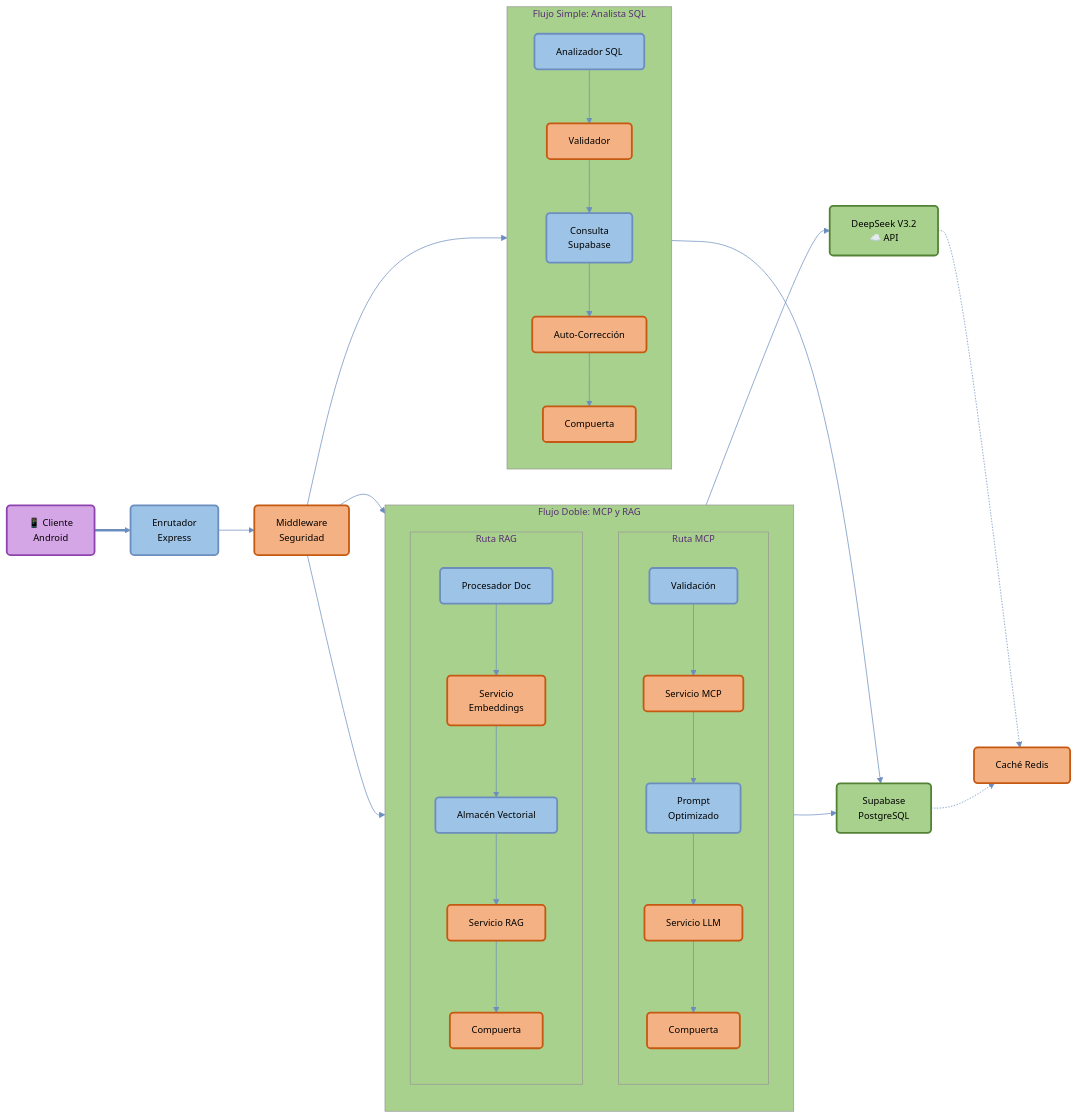
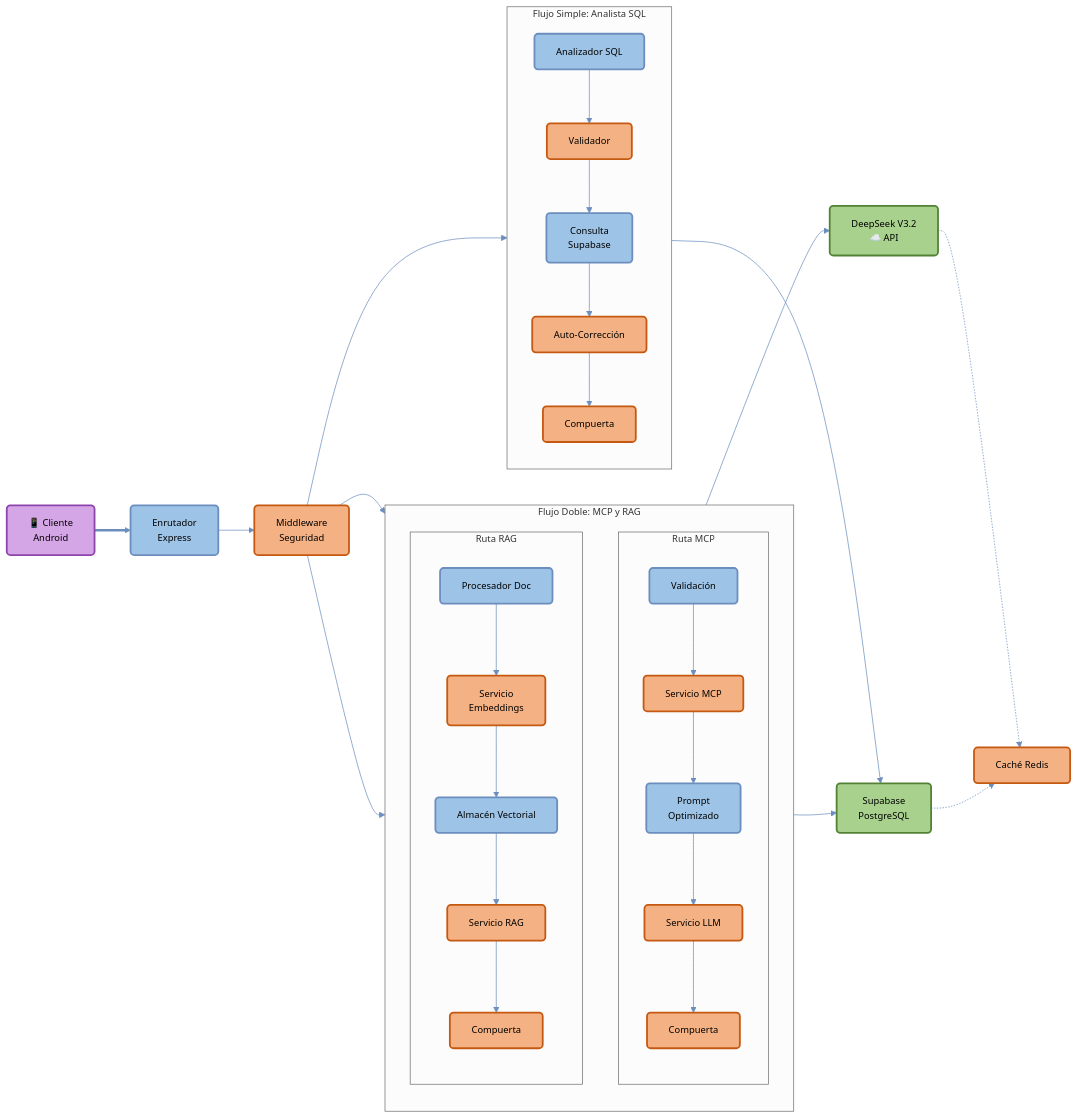
One commit to Jesuh02/ProjectCourseV1 changed the second of 2 diagrams in README.md. Above: the diagram before and after it, drawn with Mermaid. The commit also changed other lines of this file, not shown here.

````diff
--- a/README.md
+++ b/README.md
@@ -146,71 +146,71 @@
 ```mermaid
-%%{init: {'theme': 'base', 'themeVariables': { 'background': '#ffffff', 'primaryColor': '#9dc3e6', 'primaryTextColor': '#000', 'primaryBorderColor': '#6c8ebf', 'lineColor': '#6c8ebf', 'secondaryColor': '#f4b183', 'tertiaryColor': '#a9d18e', 'fontSize': '13px'}}}%%
+%%{init: {'theme': 'neutral', 'themeVariables': { 'background': '#fafafa', 'mainBkg': '#ffffff', 'primaryColor': '#9dc3e6', 'primaryTextColor': '#000', 'primaryBorderColor': '#6c8ebf', 'lineColor': '#6c8ebf', 'secondaryColor': '#f4b183', 'tertiaryColor': '#a9d18e', 'fontSize': '13px', 'darkMode': false}}}%%
 flowchart LR
     %% Estilos con fondo claro
     classDef blue fill:#9dc3e6,stroke:#6c8ebf,color:#000,stroke-width:2.5px,rx:5,ry:5
     classDef orange fill:#f4b183,stroke:#c65911,color:#000,stroke-width:2.5px,rx:5,ry:5
     classDef green fill:#a9d18e,stroke:#548235,color:#000,stroke-width:2.5px,rx:5,ry:5
     classDef purple fill:#d5a6e6,stroke:#8e44ad,color:#000,stroke-width:2.5px,rx:5,ry:5
 
     %% ENTRADA DEL CLIENTE
     Client[📱 Cliente<br/>Android]:::purple
     
     %% CAPA DE ENTRADA
     Router[Enrutador<br/>Express]:::blue
     Middleware[Middleware<br/>Seguridad]:::orange
 
     %% STREAM DOBLE: MCP + RAG
     subgraph DoubleStream [" Flujo Doble: MCP y RAG "]
         direction TB
         
         subgraph MCPPath [Ruta MCP]
             direction TB
             MCP1[Validación]:::blue
             MCP2[Servicio MCP]:::orange
             MCP3[Prompt<br/>Optimizado]:::blue
             MCP4[Servicio LLM]:::orange
             MCP5[Compuerta]:::orange
             MCP1 --> MCP2 --> MCP3 --> MCP4 --> MCP5
         end
 
         subgraph RAGPath [Ruta RAG]
             direction TB
             RAG1[Procesador Doc]:::blue
             RAG2[Servicio<br/>Embeddings]:::orange
             RAG3[Almacén Vectorial]:::blue
             RAG4[Servicio RAG]:::orange
             RAG5[Compuerta]:::orange
             RAG1 --> RAG2 --> RAG3 --> RAG4 --> RAG5
         end
     end
 
     %% STREAM SIMPLE: BI/SQL
     subgraph SingleStream [" Flujo Simple: Analista SQL "]
         direction TB
         SQL1[Analizador SQL]:::blue
         SQL2[Validador]:::orange
         SQL3[Consulta<br/>Supabase]:::blue
         SQL4[Auto-Corrección]:::orange
         SQL5[Compuerta]:::orange
         SQL1 --> SQL2 --> SQL3 --> SQL4 --> SQL5
     end
 
     %% CAPA DE SALIDA
     Deep[DeepSeek V3.2<br/>☁️ API]:::green
     Supa[Supabase<br/>PostgreSQL]:::green
     Cache[Caché Redis]:::orange
 
     %% CONEXIONES
     Client ==> Router
     Router --> Middleware
     Middleware --> MCP1
     Middleware --> RAG1
     Middleware --> SQL1
 
     MCP5 --> Deep
     RAG5 --> Supa
     SQL5 --> Supa
     
     Deep -.-> Cache
     Supa -.-> Cache
 ```
````
